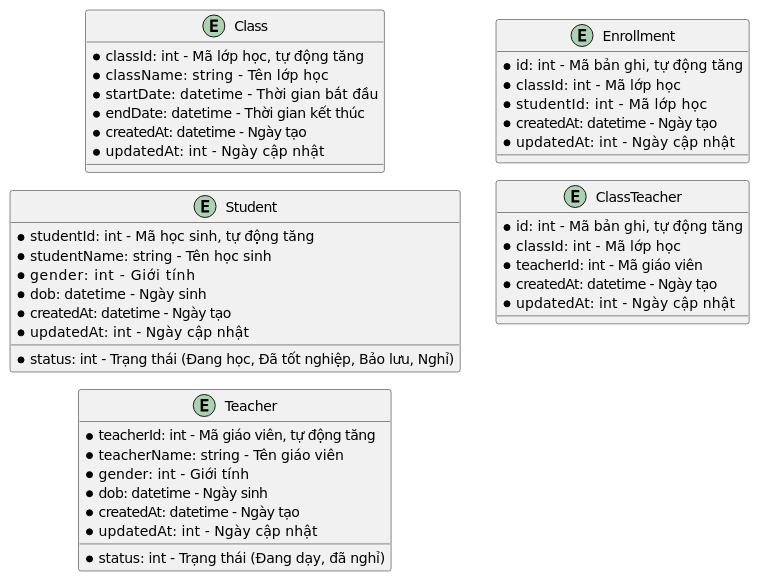
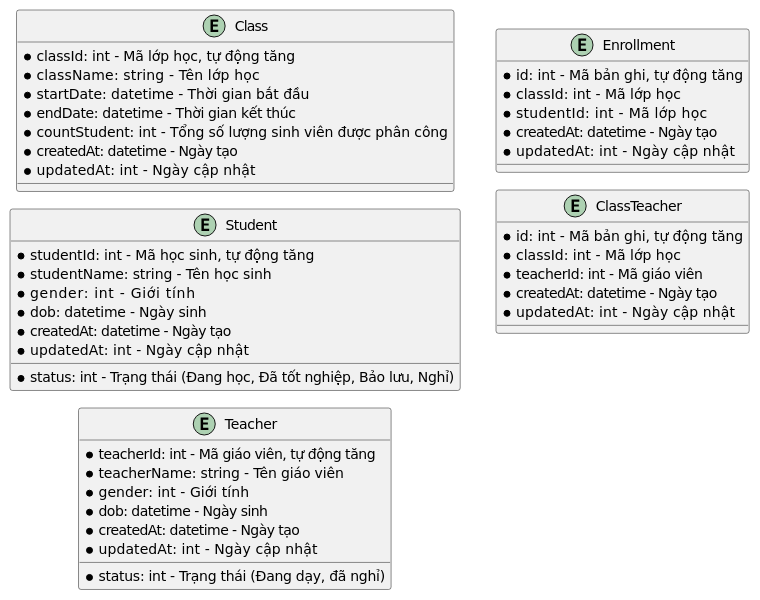
Before and after one commit to alvinnguyen9820-prog/TestPUML: the diagram in 3.ldm.puml, drawn with PlantUML. The commit also changed 7 other files, not shown here.

```diff
--- a/3.ldm.puml
+++ b/3.ldm.puml
@@ -1,51 +1,52 @@
 @startuml ldm
 !pragma layout smetana
 left to right direction
 entity Class
 entity Student
 entity Teacher
 entity Enrollment
 entity ClassTeacher
 entity Class {
   * classId: int    - Mã lớp học, tự động tăng
   * className: string      - Tên lớp học
   * startDate: datetime      - Thời gian bắt đầu
   * endDate: datetime   - Thời gian kết thúc
+  * countStudent: int      - Tổng số lượng sinh viên được phân công
   * createdAt: datetime - Ngày tạo
   * updatedAt: int      - Ngày cập nhật
 
 }
 entity Student {
   * studentId: int    - Mã học sinh, tự động tăng
   * studentName: string    - Tên học sinh
   * gender: int        - Giới tính
   * dob: datetime   - Ngày sinh
   * status: int    - Trạng thái (Đang học, Đã tốt nghiệp, Bảo lưu, Nghỉ)
   * createdAt: datetime - Ngày tạo
   * updatedAt: int      - Ngày cập nhật
 }
 entity Teacher {
   * teacherId: int - Mã giáo viên, tự động tăng
   * teacherName: string    - Tên giáo viên
   * gender: int    - Giới tính
   * dob: datetime - Ngày sinh
   * status: int    - Trạng thái (Đang dạy, đã nghỉ)
   * createdAt: datetime - Ngày tạo
   * updatedAt: int      - Ngày cập nhật
 }
 entity Enrollment {
   * id: int    - Mã bản ghi, tự động tăng
   * classId: int    - Mã lớp học
   * studentId: int      - Mã lớp học
   * createdAt: datetime - Ngày tạo
   * updatedAt: int      - Ngày cập nhật
 }
 entity ClassTeacher {
   * id: int    - Mã bản ghi, tự động tăng
   * classId: int    - Mã lớp học
   * teacherId: int  - Mã giáo viên
   * createdAt: datetime - Ngày tạo
   * updatedAt: int      - Ngày cập nhật
 }
 
 @enduml
```
